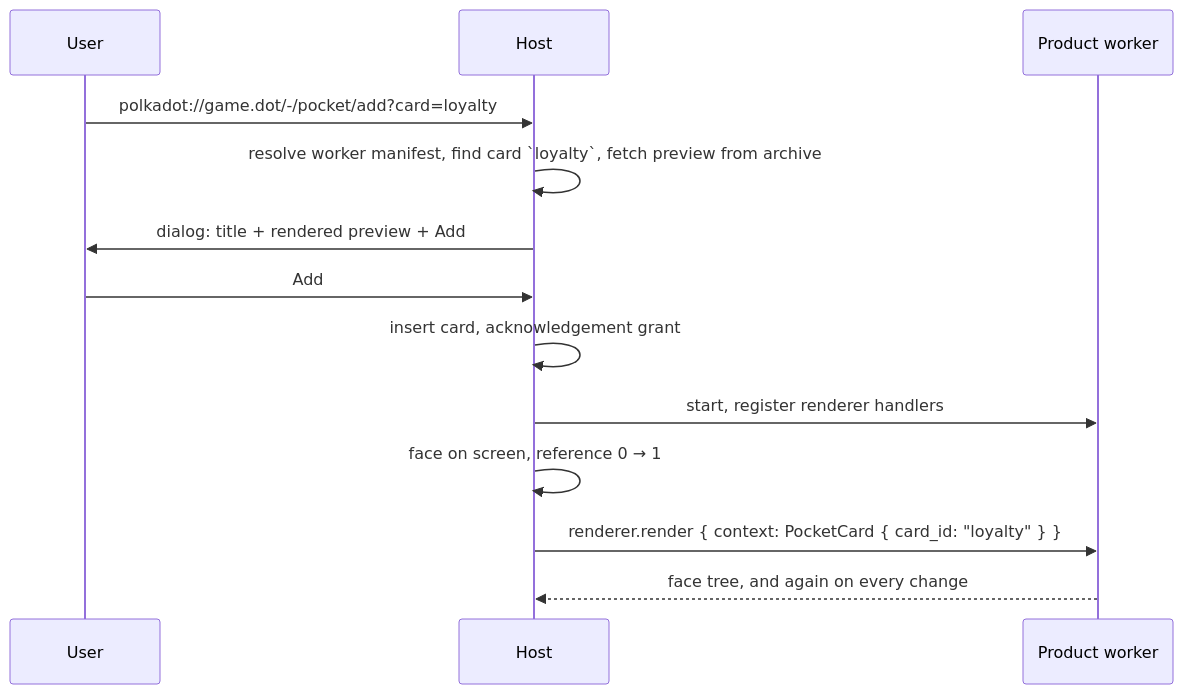
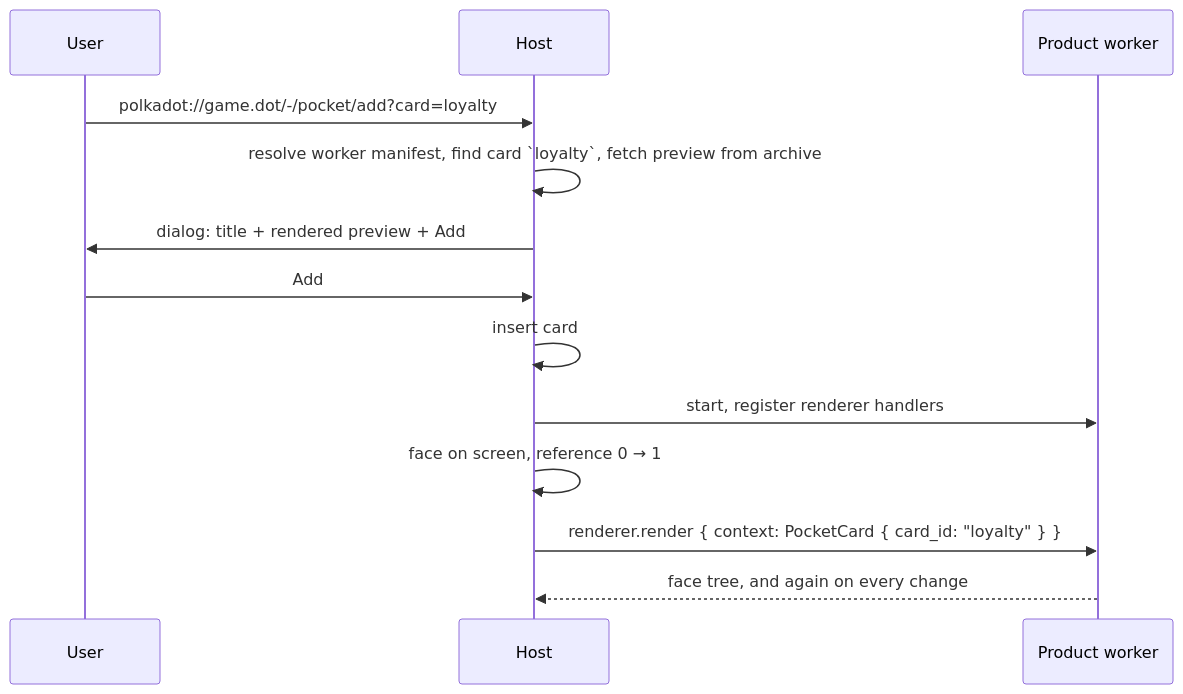
Before and after one commit to iank159/host-rust-core: the diagram in docs/rfcs/pocket-modality.md, drawn with Mermaid. The commit also changed other lines of this file, not shown here.

````diff
--- a/docs/rfcs/pocket-modality.md
+++ b/docs/rfcs/pocket-modality.md
@@ -119,16 +116,16 @@
 ```mermaid
 sequenceDiagram
   participant U as User
   participant H as Host
   participant W as Product worker
 
   U->>H: polkadot://game.dot/-/pocket/add?card=loyalty
   H->>H: resolve worker manifest, find card `loyalty`, fetch preview from archive
   H->>U: dialog: title + rendered preview + Add
   U->>H: Add
-  H->>H: insert card, acknowledgement grant
+  H->>H: insert card
   H->>W: start, register renderer handlers
   H->>H: face on screen, reference 0 → 1
   H->>W: renderer.render { context: PocketCard { card_id: "loyalty" } }
   W-->>H: face tree, and again on every change
 ```
````
